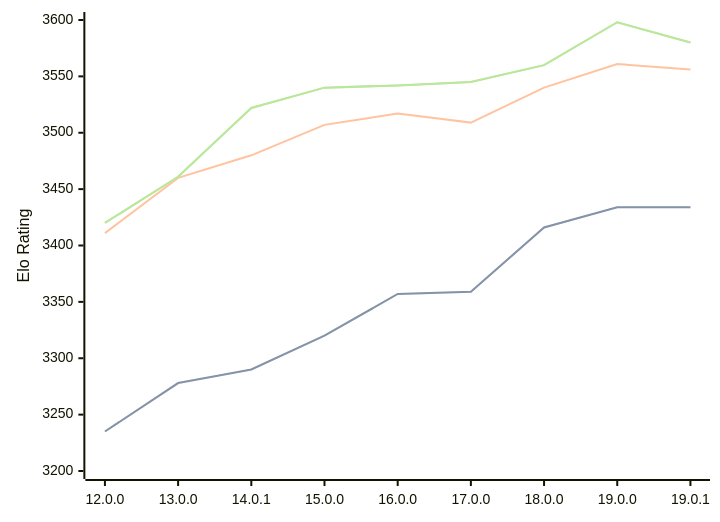
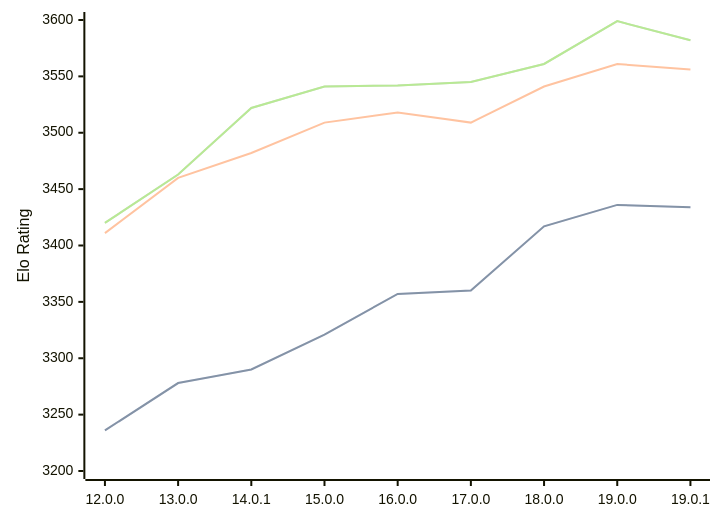
One commit to computer-chess-index/cci changed the diagram in engines/Viridithas.md. Above: the diagram before and after it, drawn with Mermaid. The commit also changed other lines of this file, not shown here.

Commit message:
Update CCI Ratings (ELO VLTC) - 2026-04-13

````diff
--- a/engines/Viridithas.md
+++ b/engines/Viridithas.md
@@ -63,11 +63,11 @@
 ```mermaid
 %%{init: {"theme":"base","themeVariables":{"seriesColors:['#a3a3a3','#222221','#faa371']}}}%%
 xychart-beta
   x-axis ["12.0.0", "13.0.0", "14.0.1", "15.0.0", "16.0.0", "17.0.0", "18.0.0", "19.0.0", "19.0.1"]
   y-axis "Elo Rating" 3200 --> 3600
-  line "STC (8.0+0.08s)" [3235, 3278, 3290, 3320, 3357, 3359, 3416, 3434, 3434]
-  line "STC (8.0+0.08s)" [3235, 3278, 3290, 3320, 3357, 3359, 3416, 3434, 3434]
-  line "LTC (60.0+0.60s)" [3411, 3460, 3480, 3507, 3517, 3509, 3540, 3561, 3556]
-  line "VLTC (2m24s+1.12s)" [3420, 3461, 3522, 3540, 3542, 3545, 3560, 3598, 3580]
-  line "VLTC (2m24s+1.12s)" [3420, 3461, 3522, 3540, 3542, 3545, 3560, 3598, 3580]
+  line "STC (8.0+0.08s)" [3236, 3278, 3290, 3321, 3357, 3360, 3417, 3436, 3434]
+  line "STC (8.0+0.08s)" [3236, 3278, 3290, 3321, 3357, 3360, 3417, 3436, 3434]
+  line "LTC (60.0+0.60s)" [3411, 3460, 3482, 3509, 3518, 3509, 3541, 3561, 3556]
+  line "VLTC (2m24s+1.12s)" [3420, 3463, 3522, 3541, 3542, 3545, 3561, 3599, 3582]
+  line "VLTC (2m24s+1.12s)" [3420, 3463, 3522, 3541, 3542, 3545, 3561, 3599, 3582]
 ```
````
